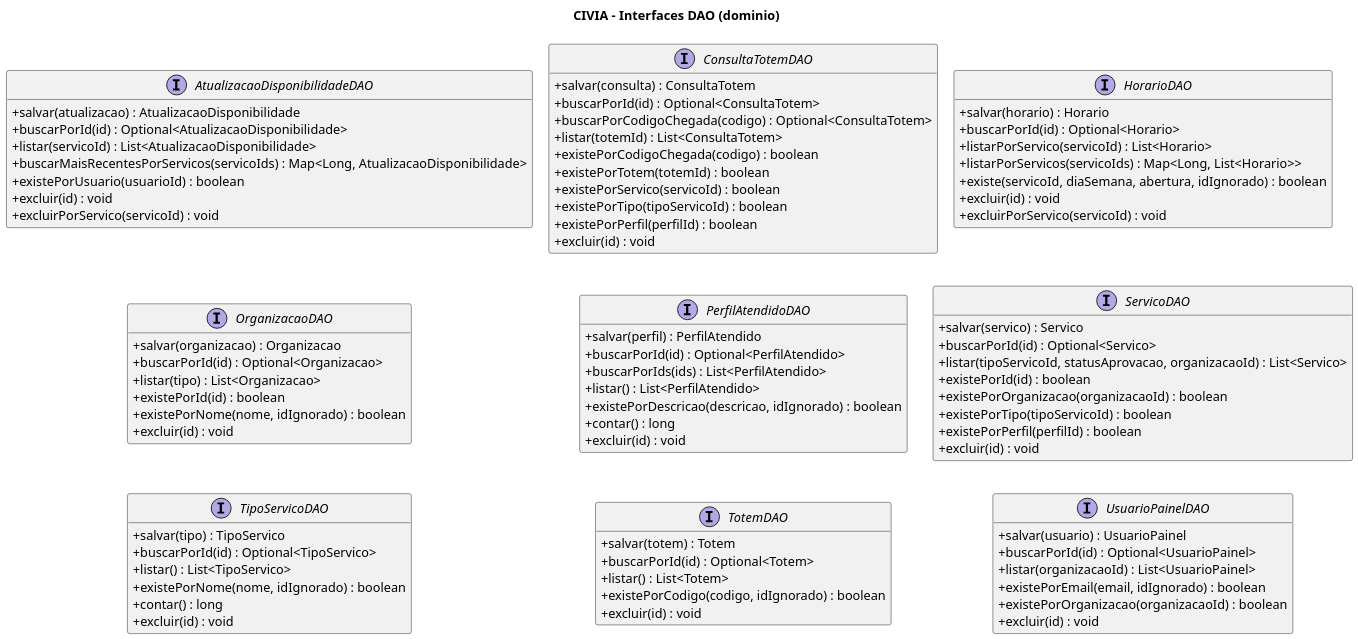
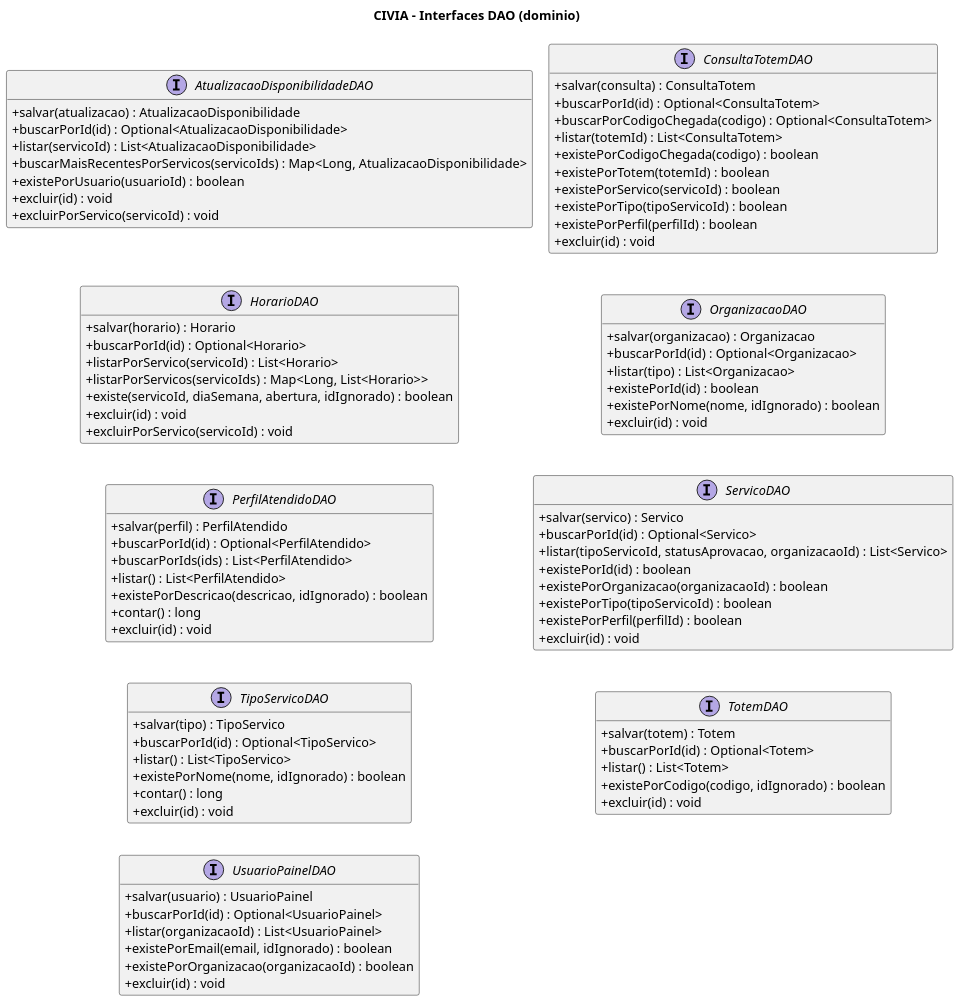
Before and after one commit to Gabrielvianaana/civia-api: the diagram in docs/partes/04-dominio-dao.puml, drawn with PlantUML. The commit also changed 8 other files, not shown here.

Commit message:
Diagramas e DER ajustados para o PDF

```diff
--- a/docs/partes/04-dominio-dao.puml
+++ b/docs/partes/04-dominio-dao.puml
@@ -1,96 +1,97 @@
 @startuml
 title CIVIA - Interfaces DAO (dominio)
 ' Gerado a partir do codigo-fonte Java (pasta civia-*/src/main/java).
 !pragma layout smetana
 skinparam classAttributeIconSize 0
 skinparam shadowing false
 skinparam dpi 150
 hide empty members
 top to bottom direction
 interface AtualizacaoDisponibilidadeDAO {
   +salvar(atualizacao) : AtualizacaoDisponibilidade
   +buscarPorId(id) : Optional<AtualizacaoDisponibilidade>
   +listar(servicoId) : List<AtualizacaoDisponibilidade>
   +buscarMaisRecentesPorServicos(servicoIds) : Map<Long, AtualizacaoDisponibilidade>
   +existePorUsuario(usuarioId) : boolean
   +excluir(id) : void
   +excluirPorServico(servicoId) : void
 }
 interface ConsultaTotemDAO {
   +salvar(consulta) : ConsultaTotem
   +buscarPorId(id) : Optional<ConsultaTotem>
   +buscarPorCodigoChegada(codigo) : Optional<ConsultaTotem>
   +listar(totemId) : List<ConsultaTotem>
   +existePorCodigoChegada(codigo) : boolean
   +existePorTotem(totemId) : boolean
   +existePorServico(servicoId) : boolean
   +existePorTipo(tipoServicoId) : boolean
   +existePorPerfil(perfilId) : boolean
   +excluir(id) : void
 }
 interface HorarioDAO {
   +salvar(horario) : Horario
   +buscarPorId(id) : Optional<Horario>
   +listarPorServico(servicoId) : List<Horario>
   +listarPorServicos(servicoIds) : Map<Long, List<Horario>>
   +existe(servicoId, diaSemana, abertura, idIgnorado) : boolean
   +excluir(id) : void
   +excluirPorServico(servicoId) : void
 }
 interface OrganizacaoDAO {
   +salvar(organizacao) : Organizacao
   +buscarPorId(id) : Optional<Organizacao>
   +listar(tipo) : List<Organizacao>
   +existePorId(id) : boolean
   +existePorNome(nome, idIgnorado) : boolean
   +excluir(id) : void
 }
 interface PerfilAtendidoDAO {
   +salvar(perfil) : PerfilAtendido
   +buscarPorId(id) : Optional<PerfilAtendido>
   +buscarPorIds(ids) : List<PerfilAtendido>
   +listar() : List<PerfilAtendido>
   +existePorDescricao(descricao, idIgnorado) : boolean
   +contar() : long
   +excluir(id) : void
 }
 interface ServicoDAO {
   +salvar(servico) : Servico
   +buscarPorId(id) : Optional<Servico>
   +listar(tipoServicoId, statusAprovacao, organizacaoId) : List<Servico>
   +existePorId(id) : boolean
   +existePorOrganizacao(organizacaoId) : boolean
   +existePorTipo(tipoServicoId) : boolean
   +existePorPerfil(perfilId) : boolean
   +excluir(id) : void
 }
 interface TipoServicoDAO {
   +salvar(tipo) : TipoServico
   +buscarPorId(id) : Optional<TipoServico>
   +listar() : List<TipoServico>
   +existePorNome(nome, idIgnorado) : boolean
   +contar() : long
   +excluir(id) : void
 }
 interface TotemDAO {
   +salvar(totem) : Totem
   +buscarPorId(id) : Optional<Totem>
   +listar() : List<Totem>
   +existePorCodigo(codigo, idIgnorado) : boolean
   +excluir(id) : void
 }
 interface UsuarioPainelDAO {
   +salvar(usuario) : UsuarioPainel
   +buscarPorId(id) : Optional<UsuarioPainel>
   +listar(organizacaoId) : List<UsuarioPainel>
   +existePorEmail(email, idIgnorado) : boolean
   +existePorOrganizacao(organizacaoId) : boolean
   +excluir(id) : void
 }
-AtualizacaoDisponibilidadeDAO -[hidden]down- OrganizacaoDAO
-ConsultaTotemDAO -[hidden]down- PerfilAtendidoDAO
-HorarioDAO -[hidden]down- ServicoDAO
-OrganizacaoDAO -[hidden]down- TipoServicoDAO
-PerfilAtendidoDAO -[hidden]down- TotemDAO
-ServicoDAO -[hidden]down- UsuarioPainelDAO
+AtualizacaoDisponibilidadeDAO -[hidden]down- HorarioDAO
+ConsultaTotemDAO -[hidden]down- OrganizacaoDAO
+HorarioDAO -[hidden]down- PerfilAtendidoDAO
+OrganizacaoDAO -[hidden]down- ServicoDAO
+PerfilAtendidoDAO -[hidden]down- TipoServicoDAO
+ServicoDAO -[hidden]down- TotemDAO
+TipoServicoDAO -[hidden]down- UsuarioPainelDAO
 @enduml
```
